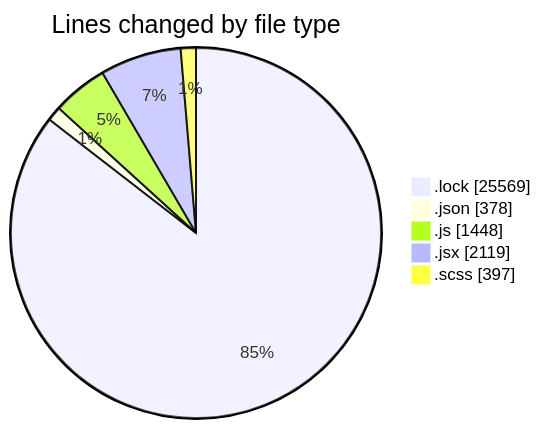
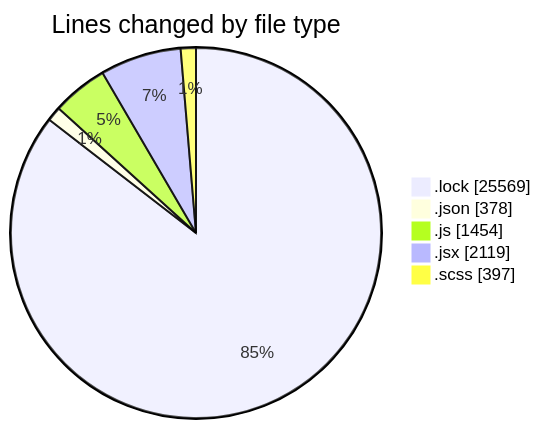
One commit to momahboobian/code-tracking changed the first of 2 diagrams in 2026-01-07/cda/README.md. Above: the diagram before and after it, drawn with Mermaid. The commit also changed other lines of this file and 1 other file, not shown here.

````diff
--- a/2026-01-07/cda/README.md
+++ b/2026-01-07/cda/README.md
@@ -50,9 +50,9 @@
 ```mermaid
 pie showData
 title Lines changed by file type
 ".lock" : 25569
 ".json" : 378
-".js" : 1448
+".js" : 1454
 ".jsx" : 2119
 ".scss" : 397
 ```
````
